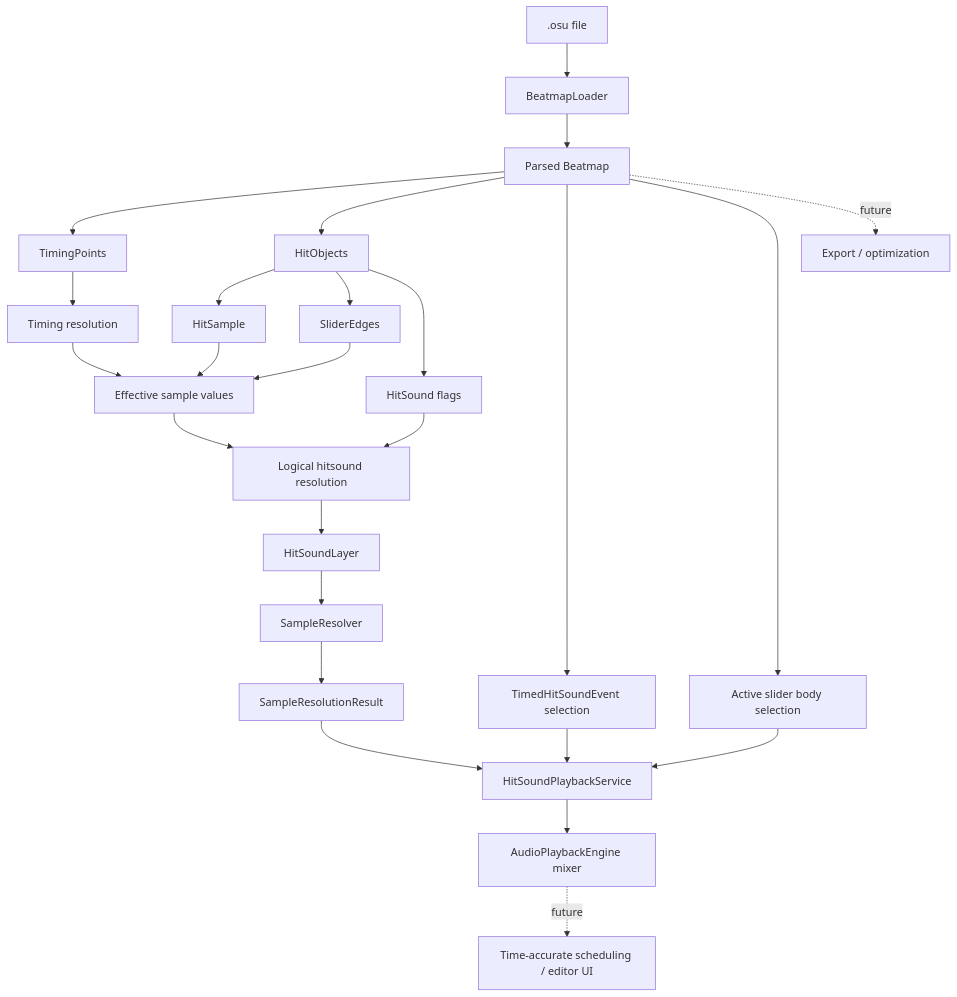
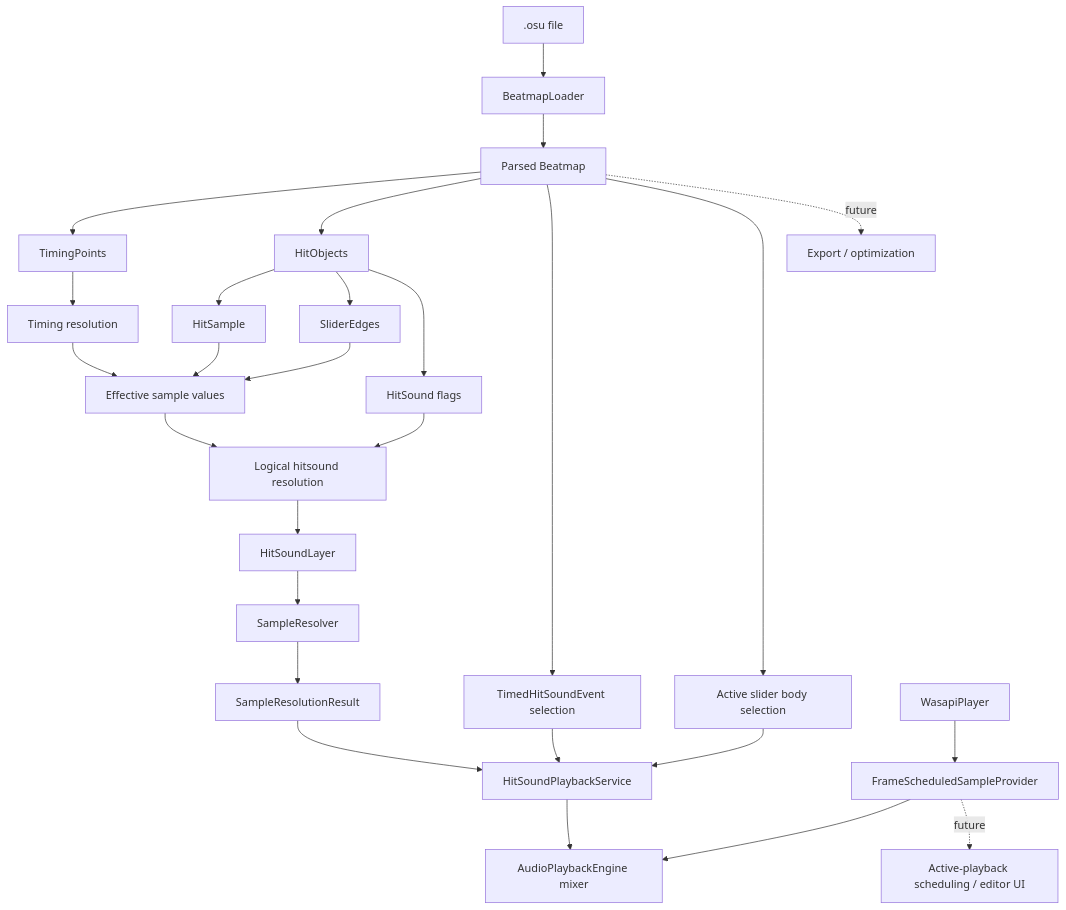
Before and after one commit to FAJIFBEFJHA/osu-hitsound-editor: the tenth of 11 diagrams in docs/architecture.md, drawn with Mermaid. The commit also changed other lines of this file and 5 other files, not shown here.

Commit message:
Integrate frame scheduler into WASAPI output and harden scheduling

````diff
--- a/docs/architecture.md
+++ b/docs/architecture.md
@@ -648,36 +648,38 @@
 ```mermaid
 flowchart TD
 
     A[.osu file] --> B[BeatmapLoader]
     B --> C[Parsed Beatmap]
 
     C --> D[TimingPoints]
     C --> E[HitObjects]
 
     E --> F[HitSample]
     E --> G[SliderEdges]
 
     D --> H[Timing resolution]
 
     F --> I[Effective sample values]
     G --> I
     H --> I
 
     E --> J[HitSound flags]
 
     I --> K[Logical hitsound resolution]
     J --> K
 
     K --> L[HitSoundLayer]
 
     L --> M[SampleResolver]
     M --> N[SampleResolutionResult]
     C --> O[TimedHitSoundEvent selection]
     O --> P[HitSoundPlaybackService]
     C --> T[Active slider body selection]
     T --> P
     N --> P
     P --> Q[AudioPlaybackEngine mixer]
-    Q -. future .-> R[Time-accurate scheduling / editor UI]
+    W[WasapiPlayer] --> V[FrameScheduledSampleProvider]
+    V --> Q
+    V -. future .-> R[Active-playback scheduling / editor UI]
     C -. future .-> S[Export / optimization]
 ```
````
